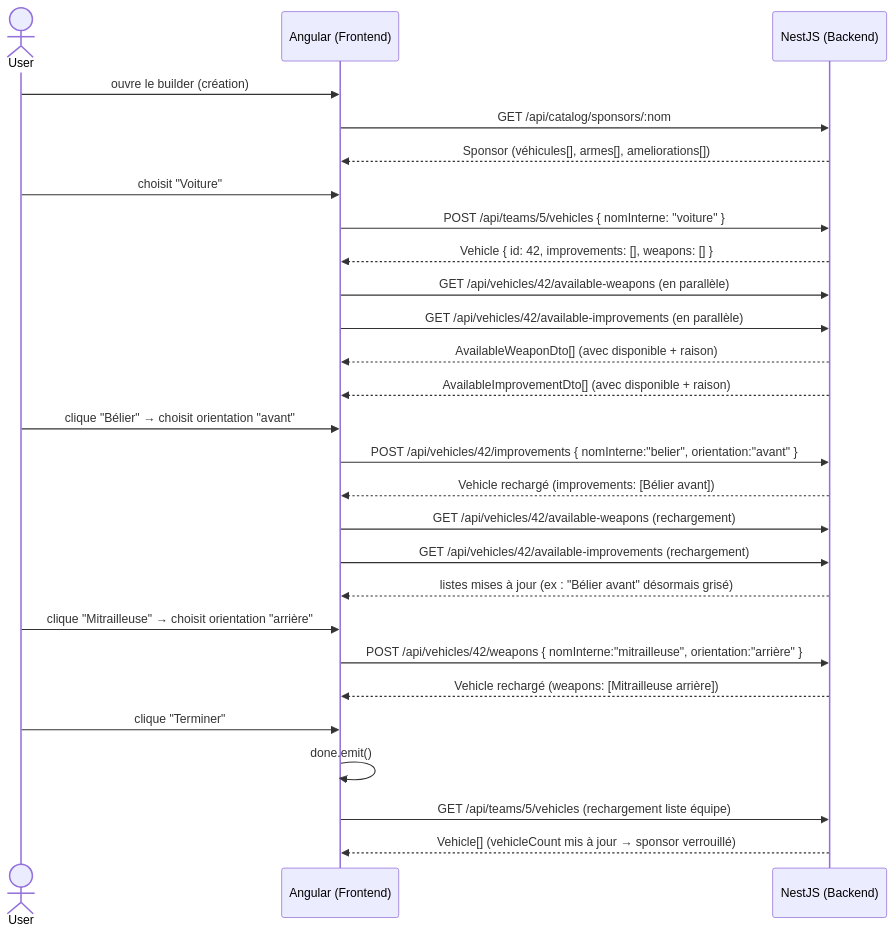
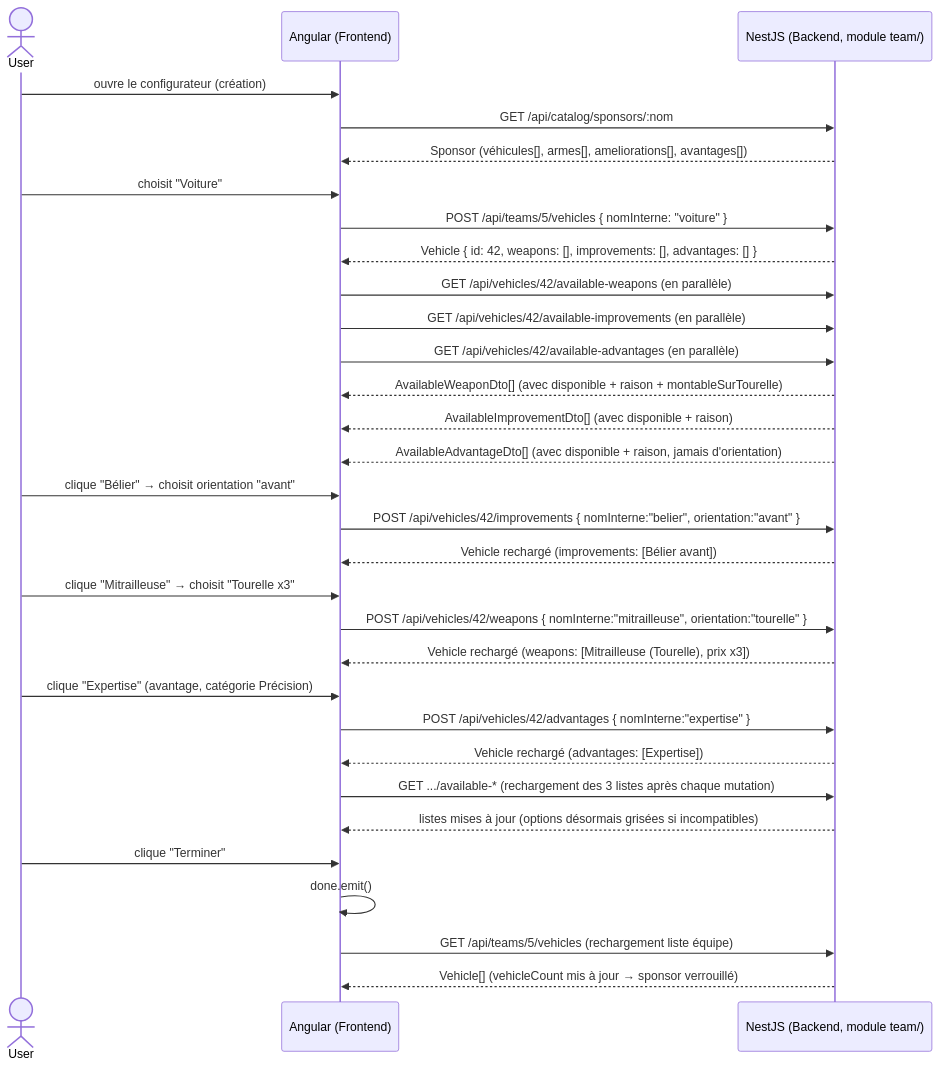
Before and after one commit to arnaudbracchetti/gaslands-manager: the seventh of 7 diagrams in docs/VEHICLE_SYSTEM.md, drawn with Mermaid. The commit also changed other lines of this file and 3 other files, not shown here.

First line of the commit message:
docs: resynchronise VEHICLE_SYSTEM.md, VEHICLES.md et CAMPAIGN.md avec le code

````diff
--- a/docs/VEHICLE_SYSTEM.md
+++ b/docs/VEHICLE_SYSTEM.md
@@ -832,36 +801,41 @@
 ```mermaid
 sequenceDiagram
     actor User
     participant FE as Angular (Frontend)
-    participant BE as NestJS (Backend)
+    participant BE as NestJS (Backend, module team/)
 
-    User->>FE: ouvre le builder (création)
+    User->>FE: ouvre le configurateur (création)
     FE->>BE: GET /api/catalog/sponsors/:nom
-    BE-->>FE: Sponsor (véhicules[], armes[], ameliorations[])
+    BE-->>FE: Sponsor (véhicules[], armes[], ameliorations[], avantages[])
 
     User->>FE: choisit "Voiture"
     FE->>BE: POST /api/teams/5/vehicles { nomInterne: "voiture" }
-    BE-->>FE: Vehicle { id: 42, improvements: [], weapons: [] }
+    BE-->>FE: Vehicle { id: 42, weapons: [], improvements: [], advantages: [] }
 
     FE->>BE: GET /api/vehicles/42/available-weapons (en parallèle)
     FE->>BE: GET /api/vehicles/42/available-improvements (en parallèle)
-    BE-->>FE: AvailableWeaponDto[] (avec disponible + raison)
+    FE->>BE: GET /api/vehicles/42/available-advantages (en parallèle)
+    BE-->>FE: AvailableWeaponDto[] (avec disponible + raison + montableSurTourelle)
     BE-->>FE: AvailableImprovementDto[] (avec disponible + raison)
+    BE-->>FE: AvailableAdvantageDto[] (avec disponible + raison, jamais d'orientation)
 
     User->>FE: clique "Bélier" → choisit orientation "avant"
     FE->>BE: POST /api/vehicles/42/improvements { nomInterne:"belier", orientation:"avant" }
     BE-->>FE: Vehicle rechargé (improvements: [Bélier avant])
 
-    FE->>BE: GET /api/vehicles/42/available-weapons (rechargement)
-    FE->>BE: GET /api/vehicles/42/available-improvements (rechargement)
-    BE-->>FE: listes mises à jour (ex : "Bélier avant" désormais grisé)
+    User->>FE: clique "Mitrailleuse" → choisit "Tourelle x3"
+    FE->>BE: POST /api/vehicles/42/weapons { nomInterne:"mitrailleuse", orientation:"tourelle" }
+    BE-->>FE: Vehicle rechargé (weapons: [Mitrailleuse (Tourelle), prix x3])
 
-    User->>FE: clique "Mitrailleuse" → choisit orientation "arrière"
-    FE->>BE: POST /api/vehicles/42/weapons { nomInterne:"mitrailleuse", orientation:"arrière" }
-    BE-->>FE: Vehicle rechargé (weapons: [Mitrailleuse arrière])
+    User->>FE: clique "Expertise" (avantage, catégorie Précision)
+    FE->>BE: POST /api/vehicles/42/advantages { nomInterne:"expertise" }
+    BE-->>FE: Vehicle rechargé (advantages: [Expertise])
+
+    FE->>BE: GET .../available-* (rechargement des 3 listes après chaque mutation)
+    BE-->>FE: listes mises à jour (options désormais grisées si incompatibles)
 
     User->>FE: clique "Terminer"
     FE->>FE: done.emit()
     FE->>BE: GET /api/teams/5/vehicles (rechargement liste équipe)
     BE-->>FE: Vehicle[] (vehicleCount mis à jour → sponsor verrouillé)
 ```
````
